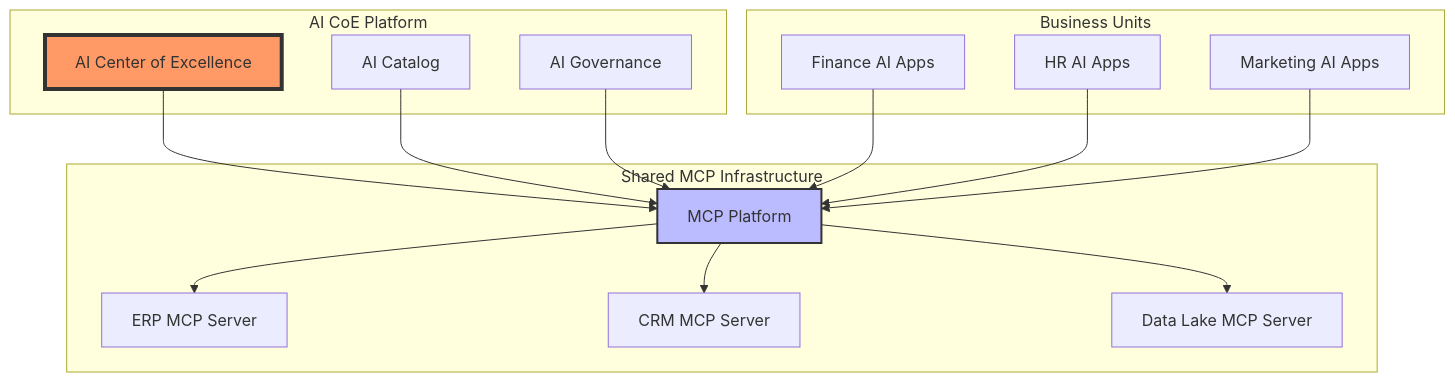
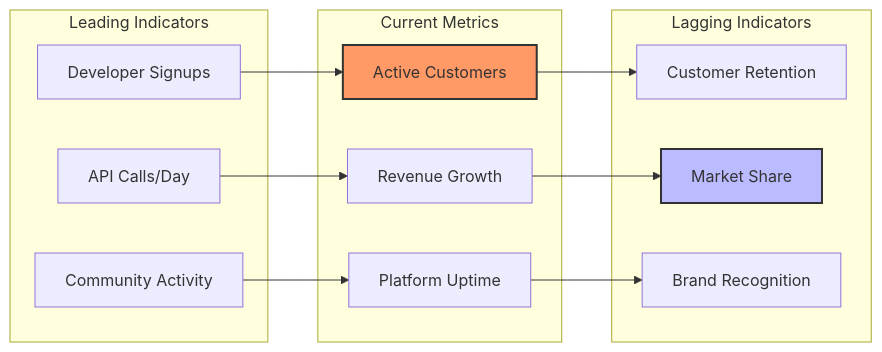
Diagram 15 of 17 in docs/AI/Comunicação/MCP/16-mcp-analise preditiva.md (felipepimentel/my-public-notes), drawn with Mermaid before and after one commit. The commit also changed other lines of this file and 11 other files, not shown here.

````diff
--- a/docs/AI/Comunicação/MCP/16-mcp-analise preditiva.md
+++ b/docs/AI/Comunicação/MCP/16-mcp-analise preditiva.md
@@ -303,36 +699,31 @@
 ```mermaid
-graph TD
-    subgraph "AI CoE Platform"
-        COE[AI Center of Excellence]
-        CAT[AI Catalog]
-        GOV[AI Governance]
+graph LR
+    subgraph "Leading Indicators"
+        L1[Developer Signups]
+        L2[API Calls/Day]
+        L3[Community Activity]
     end
     
-    subgraph "Business Units"
-        BU1[Finance AI Apps]
-        BU2[HR AI Apps]
-        BU3[Marketing AI Apps]
+    subgraph "Current Metrics"
+        C1[Active Customers]
+        C2[Revenue Growth]
+        C3[Platform Uptime]
     end
     
-    subgraph "Shared MCP Infrastructure"
-        MCP[MCP Platform]
-        SRV1[ERP MCP Server]
-        SRV2[CRM MCP Server]
-        SRV3[Data Lake MCP Server]
+    subgraph "Lagging Indicators"
+        R1[Customer Retention]
+        R2[Market Share]
+        R3[Brand Recognition]
     end
     
-    COE --> MCP
-    CAT --> MCP
-    GOV --> MCP
+    L1 --> C1
+    L2 --> C2
+    L3 --> C3
     
-    BU1 --> MCP
-    BU2 --> MCP
-    BU3 --> MCP
+    C1 --> R1
+    C2 --> R2
+    C3 --> R3
     
-    MCP --> SRV1
-    MCP --> SRV2
-    MCP --> SRV3
-    
-    style COE fill:#f96,stroke:#333,stroke-width:4px
-    style MCP fill:#bbf,stroke:#333,stroke-width:2px
+    style C1 fill:#f96,stroke:#333,stroke-width:2px
+    style R2 fill:#bbf,stroke:#333,stroke-width:2px
 ```
````
